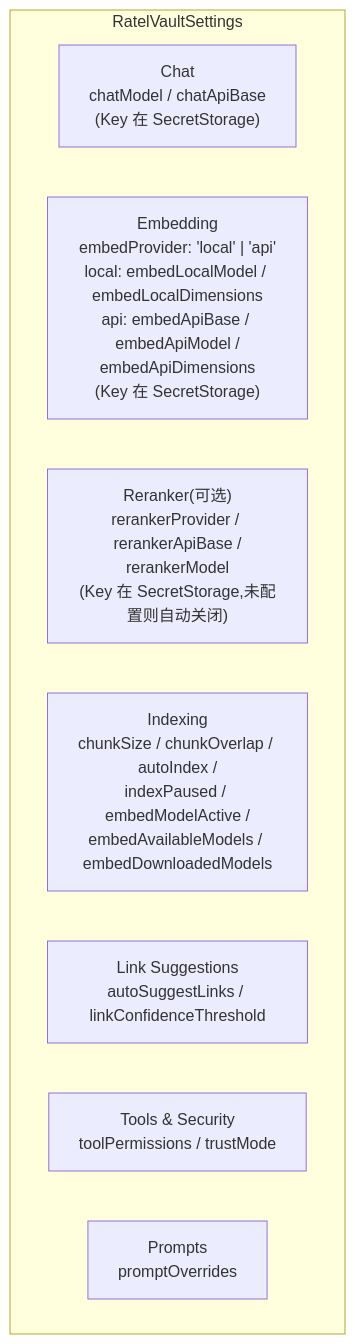
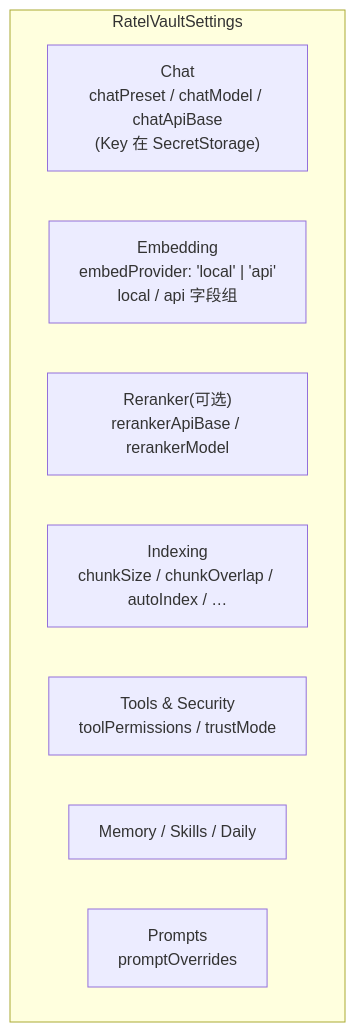
Before and after one commit to golddream-y/obsidian-ratel: the first of 3 diagrams in docs/architecture/host/settings.md, drawn with Mermaid. The commit also changed other lines of this file and 50 other files, not shown here.

````diff
--- a/docs/architecture/host/settings.md
+++ b/docs/architecture/host/settings.md
@@ -62,12 +64,12 @@
 ```mermaid
 graph TB
     subgraph "RatelVaultSettings"
-        CHAT["Chat<br/>chatModel / chatApiBase<br/>(Key 在 SecretStorage)"]
-        EMB["Embedding<br/>embedProvider: 'local' | 'api'<br/>local: embedLocalModel / embedLocalDimensions<br/>api: embedApiBase / embedApiModel /<br/>embedApiDimensions<br/>(Key 在 SecretStorage)"]
-        RER["Reranker(可选)<br/>rerankerProvider / rerankerApiBase /<br/>rerankerModel<br/>(Key 在 SecretStorage,未配置则自动关闭)"]
-        IDX["Indexing<br/>chunkSize / chunkOverlap / autoIndex /<br/>indexPaused / embedModelActive /<br/>embedAvailableModels / embedDownloadedModels"]
-        LINK["Link Suggestions<br/>autoSuggestLinks / linkConfidenceThreshold"]
+        CHAT["Chat<br/>chatPreset / chatModel / chatApiBase<br/>(Key 在 SecretStorage)"]
+        EMB["Embedding<br/>embedProvider: 'local' | 'api'<br/>local / api 字段组"]
+        RER["Reranker(可选)<br/>rerankerApiBase / rerankerModel"]
+        IDX["Indexing<br/>chunkSize / chunkOverlap / autoIndex / …"]
         TOOLS["Tools & Security<br/>toolPermissions / trustMode"]
+        MEM["Memory / Skills / Daily"]
         PROMPTS["Prompts<br/>promptOverrides"]
     end
 ```
````
